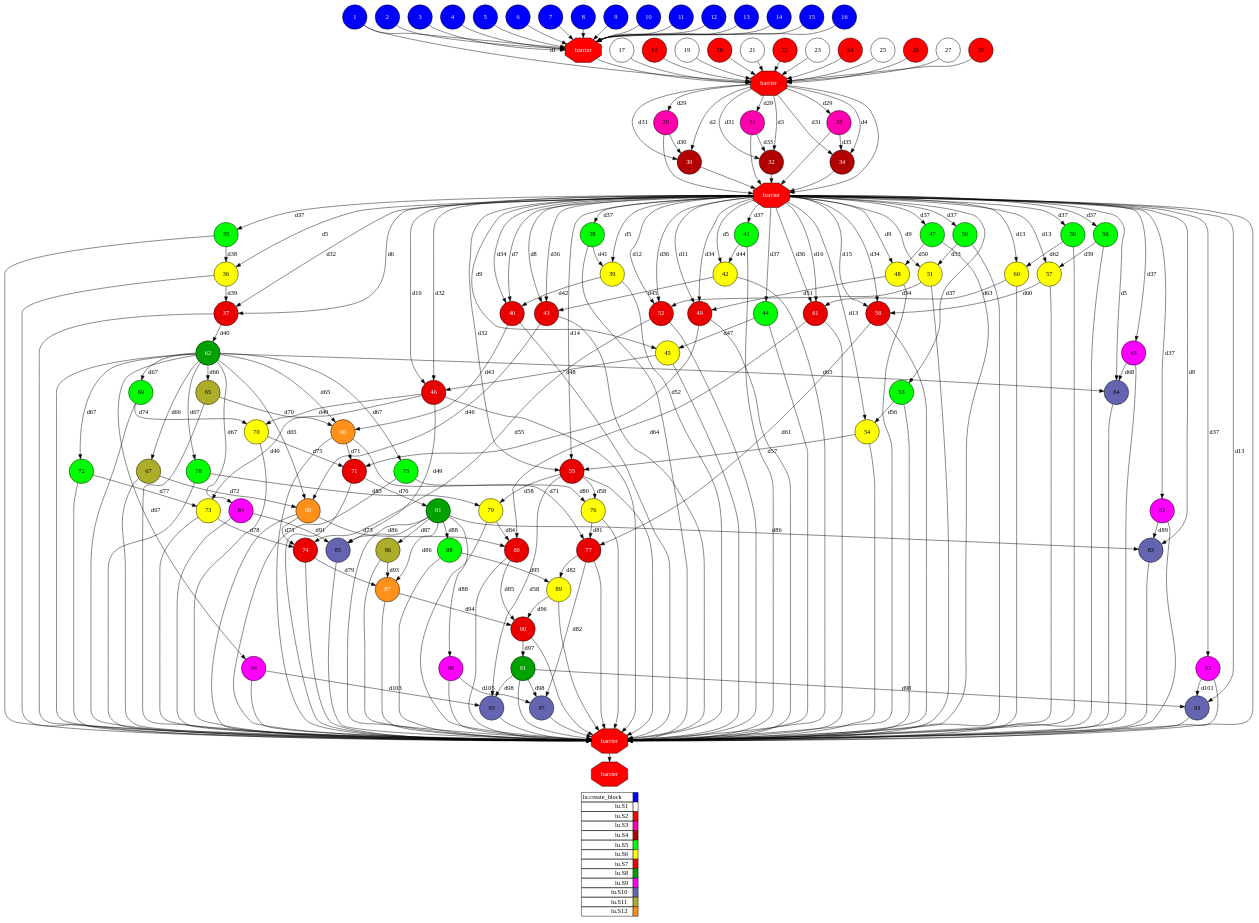
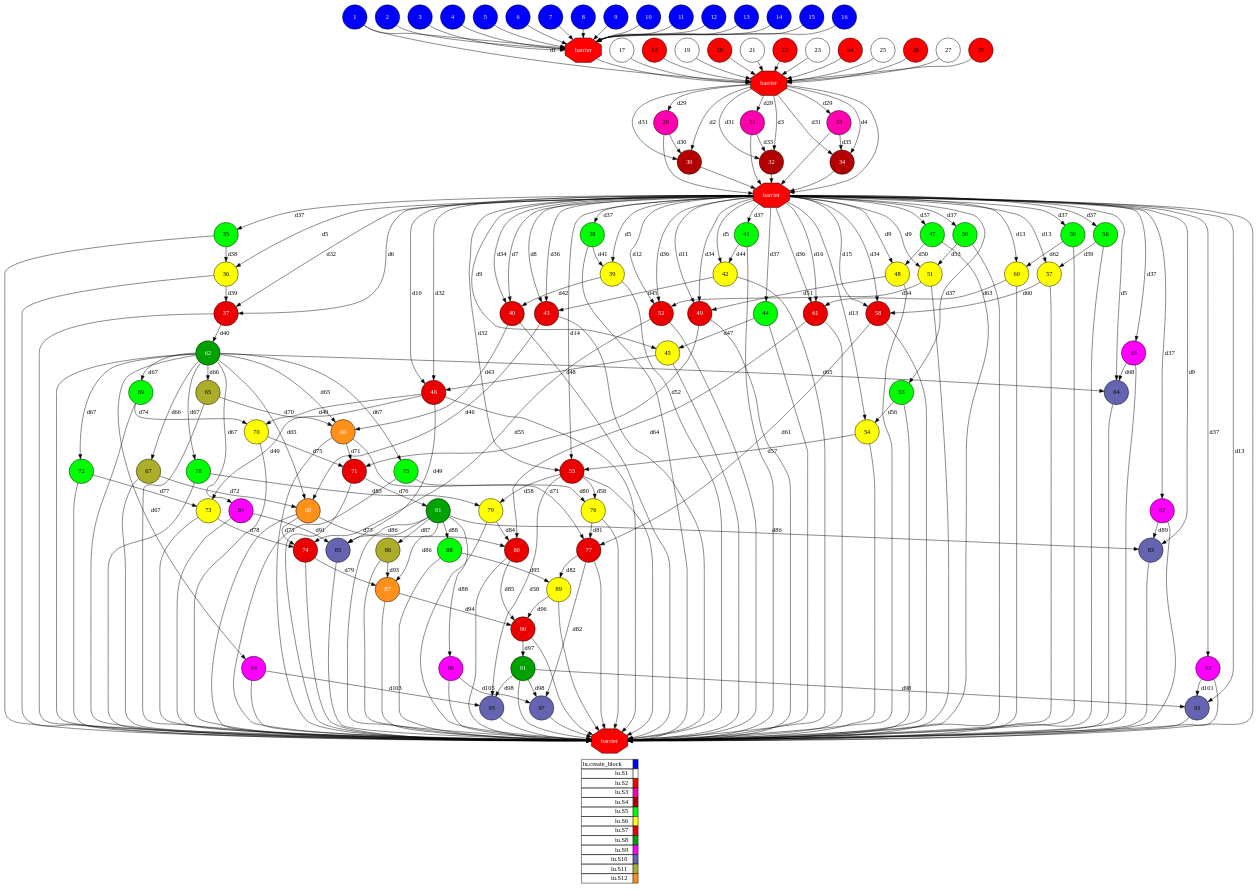
The diagram in examples/lu/results/local/autoparallel/complete_graph.dot (cristianrcv/pycompss-autoparallel), drawn with Graphviz before and after one commit. The commit also changed 107 other files, not shown here.

```diff
--- a/examples/lu/results/local/autoparallel/complete_graph.dot
+++ b/examples/lu/results/local/autoparallel/complete_graph.dot
@@ -22,22 +22,22 @@
 15[shape=circle, style=filled fillcolor="#0000ff" fontcolor="#ffffff"];
 16[shape=circle, style=filled fillcolor="#0000ff" fontcolor="#ffffff"];
 Synchro1[label="barrier", shape=octagon, style=filled fillcolor="#ff0000" fontcolor="#FFFFFF"];
-8 -> Synchro1;
+1 -> Synchro1;
+7 -> Synchro1;
+5 -> Synchro1;
+3 -> Synchro1;
+4 -> Synchro1;
+15 -> Synchro1;
 2 -> Synchro1;
 10 -> Synchro1;
-7 -> Synchro1;
-9 -> Synchro1;
-4 -> Synchro1;
-6 -> Synchro1;
-15 -> Synchro1;
-1 -> Synchro1;
-5 -> Synchro1;
-13 -> Synchro1;
 11 -> Synchro1;
 16 -> Synchro1;
+9 -> Synchro1;
 12 -> Synchro1;
+6 -> Synchro1;
+13 -> Synchro1;
+8 -> Synchro1;
 14 -> Synchro1;
-3 -> Synchro1;
 17[shape=circle, style=filled fillcolor="#ffffff" fontcolor="#000000"];
 18[shape=circle, style=filled fillcolor="#ff0000" fontcolor="#000000"];
 19[shape=circle, style=filled fillcolor="#ffffff" fontcolor="#000000"];
@@ -52,18 +52,18 @@
 28[shape=circle, style=filled fillcolor="#ff0000" fontcolor="#000000"];
 Synchro2[label="barrier", shape=octagon, style=filled fillcolor="#ff0000" fontcolor="#FFFFFF"];
 Synchro1 -> Synchro2;
+22 -> Synchro2;
+24 -> Synchro2;
+21 -> Synchro2;
+25 -> Synchro2;
+28 -> Synchro2;
+23 -> Synchro2;
 19 -> Synchro2;
-28 -> Synchro2;
+20 -> Synchro2;
+18 -> Synchro2;
+27 -> Synchro2;
+26 -> Synchro2;
 17 -> Synchro2;
-27 -> Synchro2;
-22 -> Synchro2;
-21 -> Synchro2;
-20 -> Synchro2;
-25 -> Synchro2;
-26 -> Synchro2;
-24 -> Synchro2;
-18 -> Synchro2;
-23 -> Synchro2;
 1 -> Synchro2[ label="d1" ];
 29[shape=circle, style=filled fillcolor="#ff00ae" fontcolor="#000000"];
 Synchro2 -> 29[ label="d29" ];
@@ -85,11 +85,11 @@
 Synchro2 -> 34[ label="d4" ];
 Synchro3[label="barrier", shape=octagon, style=filled fillcolor="#ff0000" fontcolor="#FFFFFF"];
 Synchro2 -> Synchro3;
-29 -> Synchro3;
+34 -> Synchro3;
 31 -> Synchro3;
 32 -> Synchro3;
+29 -> Synchro3;
 33 -> Synchro3;
-34 -> Synchro3;
 30 -> Synchro3;
 35[shape=circle, style=filled fillcolor="#00ff00" fontcolor="#000000"];
 Synchro3 -> 35[ label="d37" ];
@@ -279,71 +279,69 @@
 96 -> 97[ label="d105" ];
 Synchro4[label="barrier", shape=octagon, style=filled fillcolor="#ff0000" fontcolor="#FFFFFF"];
 Synchro3 -> Synchro4;
-38 -> Synchro4;
+96 -> Synchro4;
+64 -> Synchro4;
+59 -> Synchro4;
+48 -> Synchro4;
+80 -> Synchro4;
+45 -> Synchro4;
+67 -> Synchro4;
+94 -> Synchro4;
+65 -> Synchro4;
+44 -> Synchro4;
+42 -> Synchro4;
+82 -> Synchro4;
+95 -> Synchro4;
+85 -> Synchro4;
+74 -> Synchro4;
+66 -> Synchro4;
+50 -> Synchro4;
+63 -> Synchro4;
+86 -> Synchro4;
+58 -> Synchro4;
+54 -> Synchro4;
+69 -> Synchro4;
+76 -> Synchro4;
+70 -> Synchro4;
+75 -> Synchro4;
+40 -> Synchro4;
 78 -> Synchro4;
+77 -> Synchro4;
+52 -> Synchro4;
+90 -> Synchro4;
 57 -> Synchro4;
-81 -> Synchro4;
-40 -> Synchro4;
-47 -> Synchro4;
-55 -> Synchro4;
-68 -> Synchro4;
-70 -> Synchro4;
-53 -> Synchro4;
-80 -> Synchro4;
-56 -> Synchro4;
-43 -> Synchro4;
-52 -> Synchro4;
-69 -> Synchro4;
-51 -> Synchro4;
-64 -> Synchro4;
-62 -> Synchro4;
-85 -> Synchro4;
-97 -> Synchro4;
-96 -> Synchro4;
-82 -> Synchro4;
-36 -> Synchro4;
-95 -> Synchro4;
-35 -> Synchro4;
-37 -> Synchro4;
-77 -> Synchro4;
-39 -> Synchro4;
-63 -> Synchro4;
-41 -> Synchro4;
-48 -> Synchro4;
 61 -> Synchro4;
-54 -> Synchro4;
-66 -> Synchro4;
-94 -> Synchro4;
-71 -> Synchro4;
-67 -> Synchro4;
-86 -> Synchro4;
-88 -> Synchro4;
-45 -> Synchro4;
-83 -> Synchro4;
-72 -> Synchro4;
-42 -> Synchro4;
-76 -> Synchro4;
-75 -> Synchro4;
-58 -> Synchro4;
-74 -> Synchro4;
 79 -> Synchro4;
 84 -> Synchro4;
-90 -> Synchro4;
+41 -> Synchro4;
+55 -> Synchro4;
+38 -> Synchro4;
 87 -> Synchro4;
+46 -> Synchro4;
+92 -> Synchro4;
+39 -> Synchro4;
+68 -> Synchro4;
+93 -> Synchro4;
+43 -> Synchro4;
+35 -> Synchro4;
+81 -> Synchro4;
+36 -> Synchro4;
+62 -> Synchro4;
+88 -> Synchro4;
+51 -> Synchro4;
 91 -> Synchro4;
-49 -> Synchro4;
-44 -> Synchro4;
+97 -> Synchro4;
+72 -> Synchro4;
+37 -> Synchro4;
+53 -> Synchro4;
+56 -> Synchro4;
+83 -> Synchro4;
+89 -> Synchro4;
+47 -> Synchro4;
+73 -> Synchro4;
 60 -> Synchro4;
-89 -> Synchro4;
-92 -> Synchro4;
-46 -> Synchro4;
-73 -> Synchro4;
-93 -> Synchro4;
-50 -> Synchro4;
-65 -> Synchro4;
-59 -> Synchro4;
-Synchro5[label="barrier", shape=octagon, style=filled fillcolor="#ff0000" fontcolor="#FFFFFF"];
-Synchro4 -> Synchro5;  }
+71 -> Synchro4;
+49 -> Synchro4;  }
   subgraph legend {
     rank=sink;
     node [shape=plaintext, height=0.75];
```
